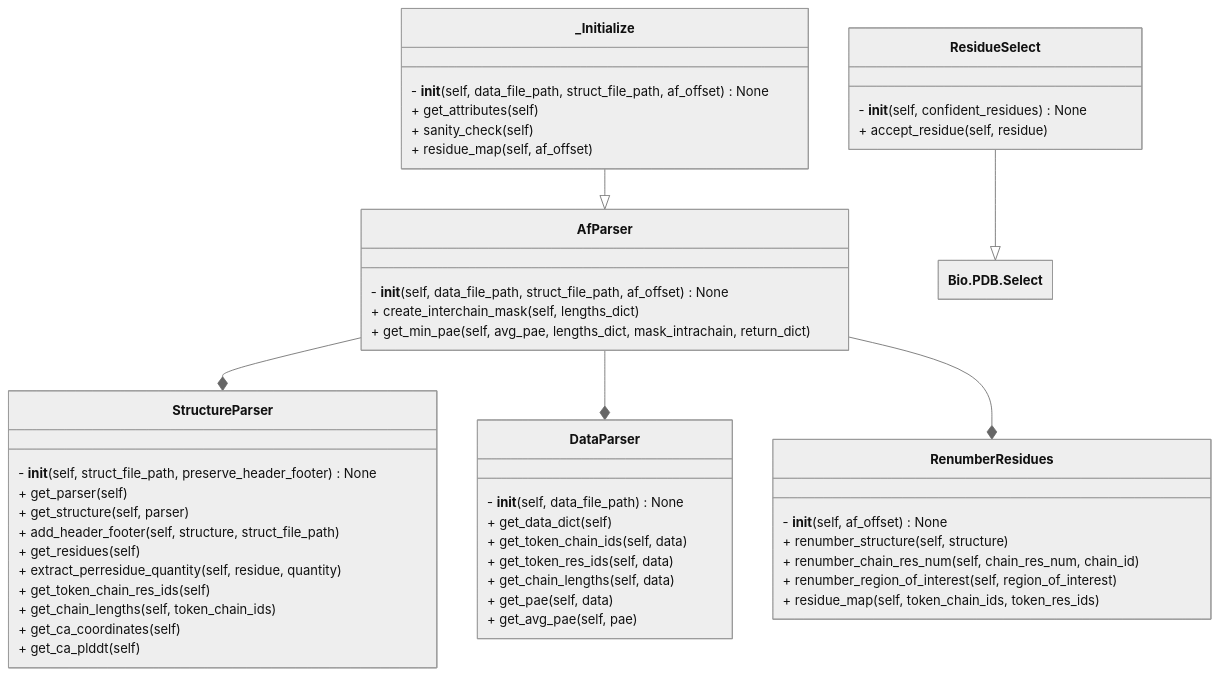
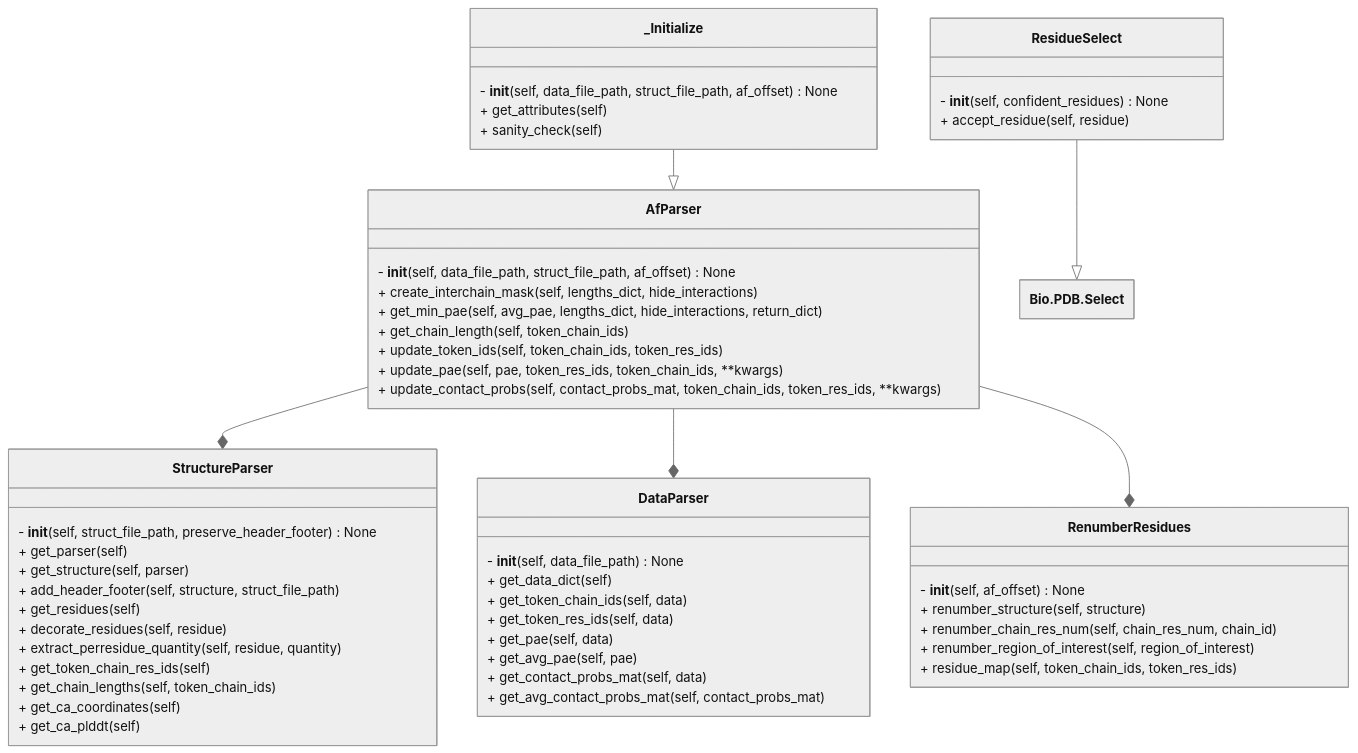
One commit to isblab/IMP_Toolbox changed the diagram in af_pipeline/README.md. Above: the diagram before and after it, drawn with Mermaid (neutral theme).

````diff
--- a/af_pipeline/README.md
+++ b/af_pipeline/README.md
@@ -18,63 +18,68 @@
 ```mermaid
 ---
 config:
     class:
         hideEmptyMembersBox: true
 ---
 classDiagram
     class ResidueSelect {
         - __init__(self, confident_residues) None
         + accept_residue(self, residue)
     }
 
     class AfParser {
         - __init__(self, data_file_path, struct_file_path, af_offset) None
-        + create_interchain_mask(self, lengths_dict)
-        + get_min_pae(self, avg_pae, lengths_dict, mask_intrachain, return_dict)
+        + create_interchain_mask(self, lengths_dict, hide_interactions)
+        + get_min_pae(self, avg_pae, lengths_dict, hide_interactions, return_dict)
+        + get_chain_length(self, token_chain_ids)
+        + update_token_ids(self, token_chain_ids, token_res_ids)
+        + update_pae(self, pae, token_res_ids, token_chain_ids, **kwargs)
+        + update_contact_probs(self, contact_probs_mat, token_chain_ids, token_res_ids, **kwargs)
     }
 
     class DataParser {
         - __init__(self, data_file_path) None
         + get_data_dict(self)
         + get_token_chain_ids(self, data)
         + get_token_res_ids(self, data)
-        + get_chain_lengths(self, data)
         + get_pae(self, data)
         + get_avg_pae(self, pae)
+        + get_contact_probs_mat(self, data)
+        + get_avg_contact_probs_mat(self, contact_probs_mat)
     }
 
     class StructureParser {
         - __init__(self, struct_file_path, preserve_header_footer) None
         + get_parser(self)
         + get_structure(self, parser)
         + add_header_footer(self, structure, struct_file_path)
         + get_residues(self)
+        + decorate_residues(self, residue)
         + extract_perresidue_quantity(self, residue, quantity)
         + get_token_chain_res_ids(self)
         + get_chain_lengths(self, token_chain_ids)
         + get_ca_coordinates(self)
         + get_ca_plddt(self)
     }
 
     class RenumberResidues {
         - __init__(self, af_offset) None
         + renumber_structure(self, structure)
         + renumber_chain_res_num(self, chain_res_num, chain_id)
         + renumber_region_of_interest(self, region_of_interest)
         + residue_map(self, token_chain_ids, token_res_ids)
     }
 
     ResidueSelect --|> `Bio.PDB.Select`
 
     class _Initialize {
         - __init__(self, data_file_path, struct_file_path, af_offset) None
         + get_attributes(self)
         + sanity_check(self)
-        + residue_map(self, af_offset)
     }
 
     _Initialize --|> `AfParser`
     `AfParser` --* `StructureParser`
     `AfParser` --* `DataParser`
     `AfParser` --* `RenumberResidues`
 ```
````
